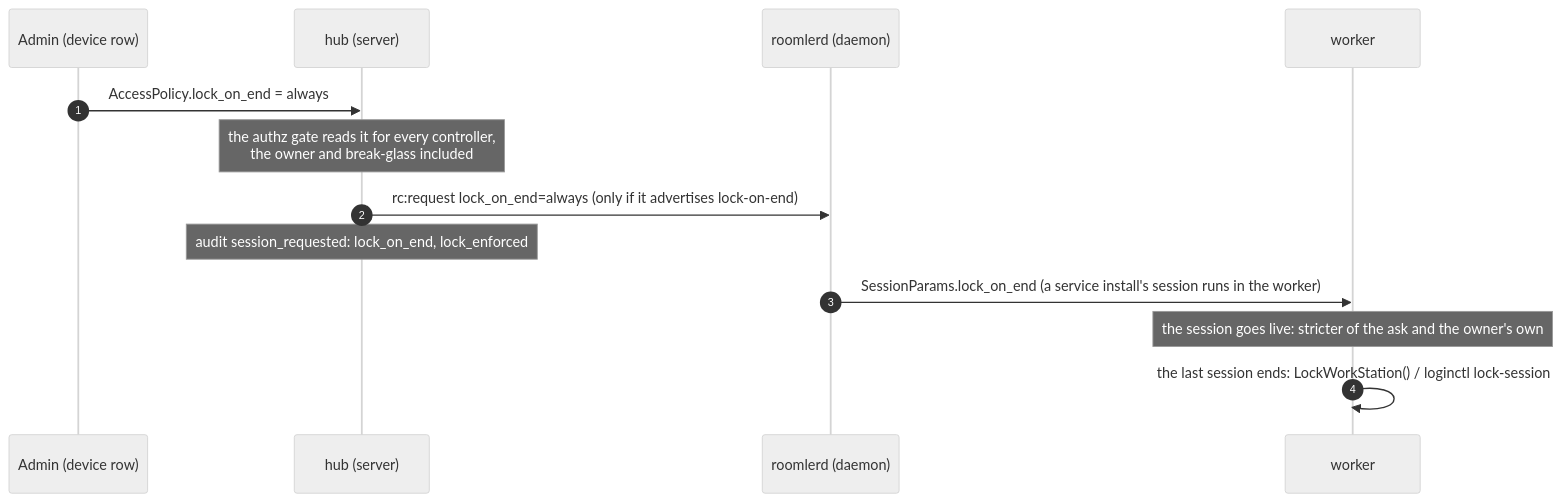
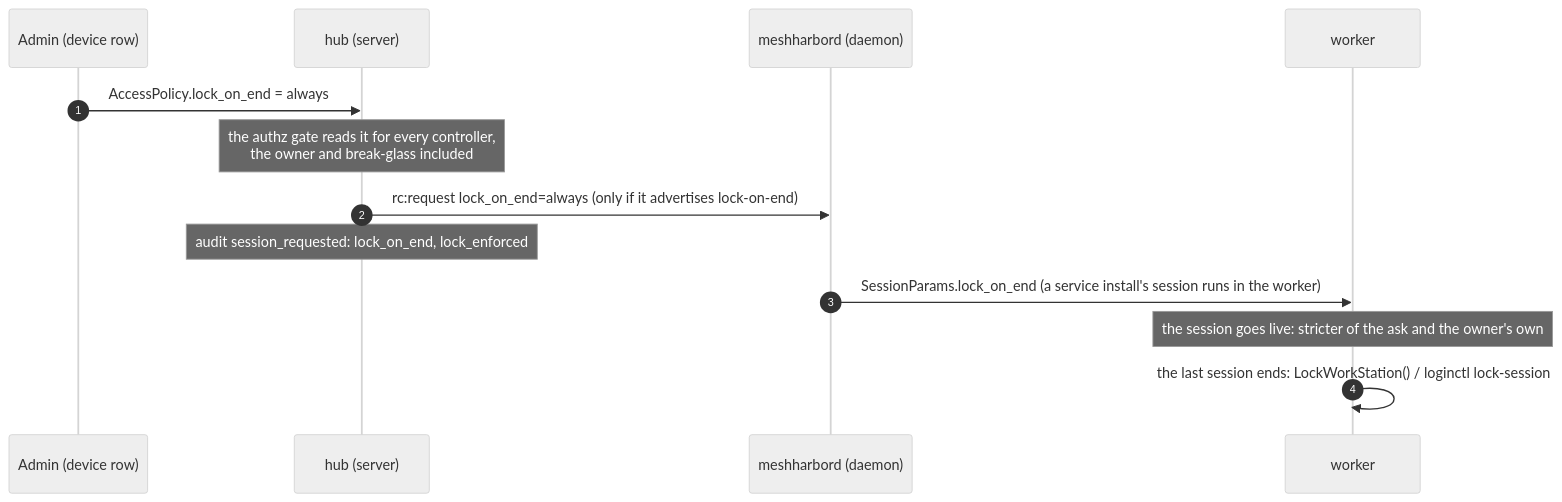
One commit to jk-zhang-meta/MeshHarbor changed the fourth of 5 diagrams in docs/privacy-mode.md. Above: the diagram before and after it, drawn with Mermaid (neutral theme). The commit also changed other lines of this file and 682 other files, not shown here.

````diff
--- a/docs/privacy-mode.md
+++ b/docs/privacy-mode.md
@@ -243,15 +243,15 @@
 ```mermaid
 sequenceDiagram
     autonumber
     participant Adm as Admin (device row)
     participant S as hub (server)
-    participant D as roomlerd (daemon)
+    participant D as meshharbord (daemon)
     participant W as worker
     Adm->>S: AccessPolicy.lock_on_end = always
     Note over S: the authz gate reads it for every controller,<br/>the owner and break-glass included
     S->>D: rc:request lock_on_end=always (only if it advertises lock-on-end)
     Note over S: audit session_requested: lock_on_end, lock_enforced
     D->>W: SessionParams.lock_on_end (a service install's session runs in the worker)
     Note over W: the session goes live: stricter of the ask and the owner's own
     W->>W: the last session ends: LockWorkStation() / loginctl lock-session
 ```
````
